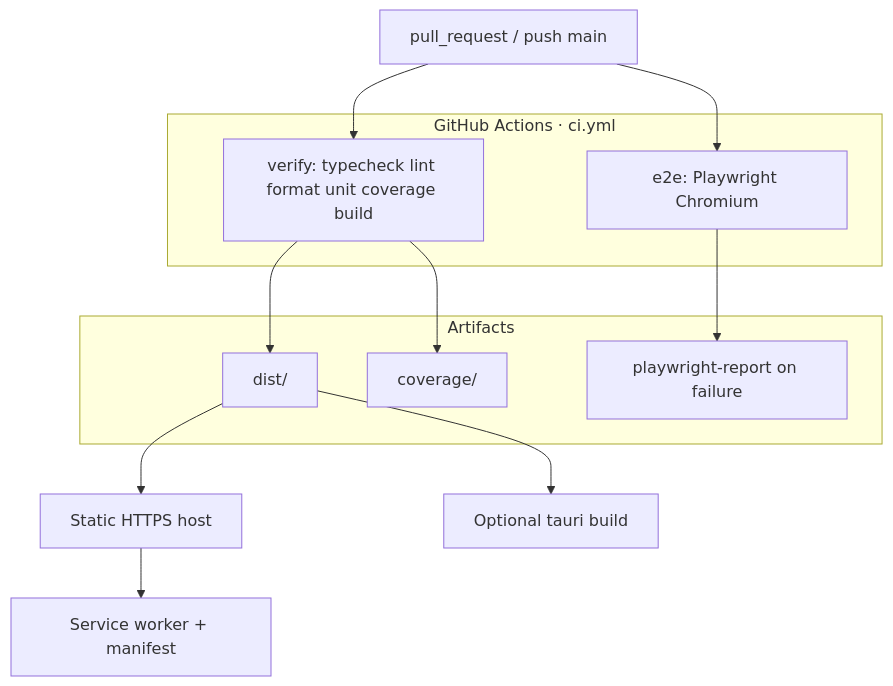
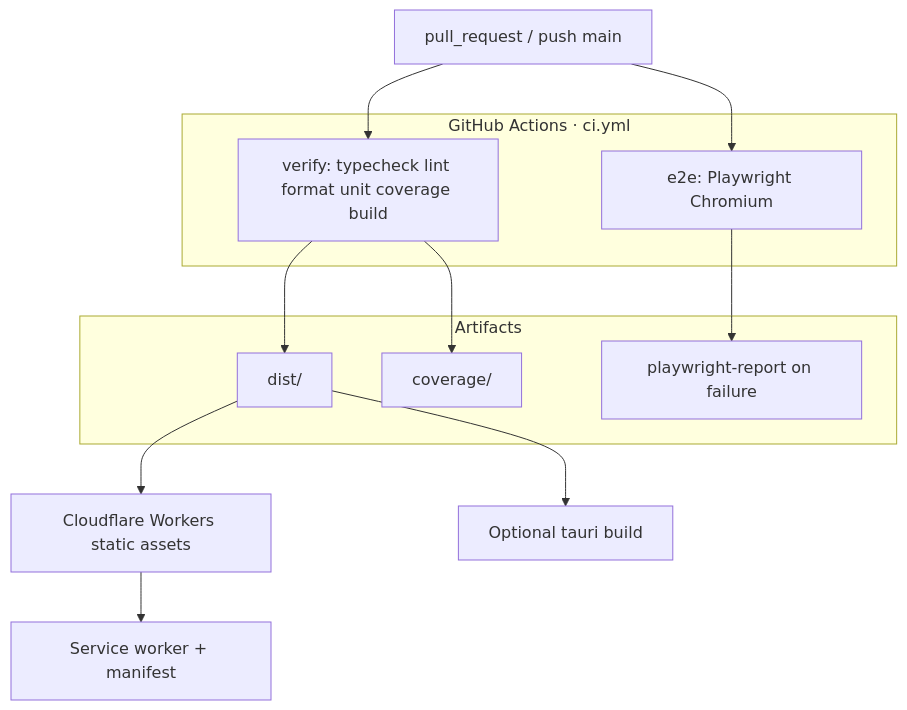
One commit to kwami-labs/kwami-app changed the diagram in docs/architecture/deployment.md. Above: the diagram before and after it, drawn with Mermaid. The commit also changed other lines of this file and 4 other files, not shown here.

First line of the commit message:
docs: document Cloudflare Workers hosting and deploy commands

````diff
--- a/docs/architecture/deployment.md
+++ b/docs/architecture/deployment.md
@@ -5,24 +5,24 @@
 ```mermaid
 flowchart TB
   subgraph CI["GitHub Actions · ci.yml"]
     V[verify: typecheck lint format unit coverage build]
     E[e2e: Playwright Chromium]
   end
 
   PR[pull_request / push main] --> V
   PR --> E
 
   subgraph Artifacts
     Dist[dist/]
     Cov[coverage/]
     PW[playwright-report on failure]
   end
 
   V --> Dist
   V --> Cov
   E --> PW
 
-  Dist --> Host[Static HTTPS host]
+  Dist --> Host[Cloudflare Workers static assets]
   Host --> SW[Service worker + manifest]
   Dist --> Tauri[Optional tauri build]
 ```
````
